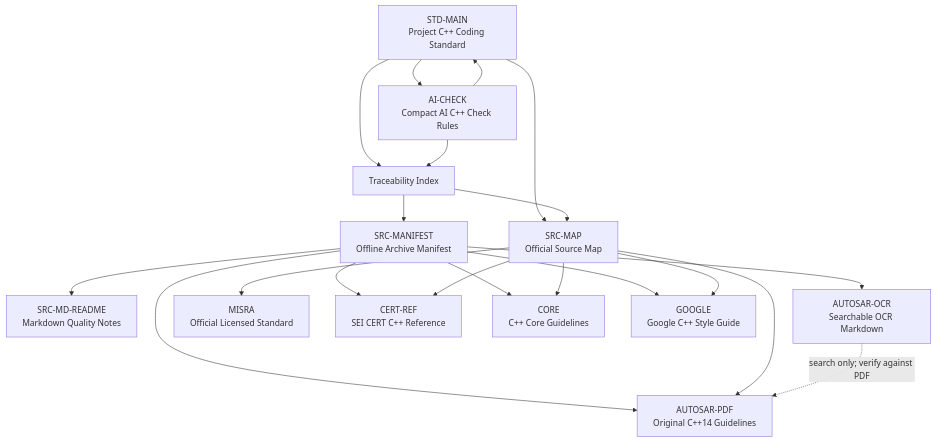
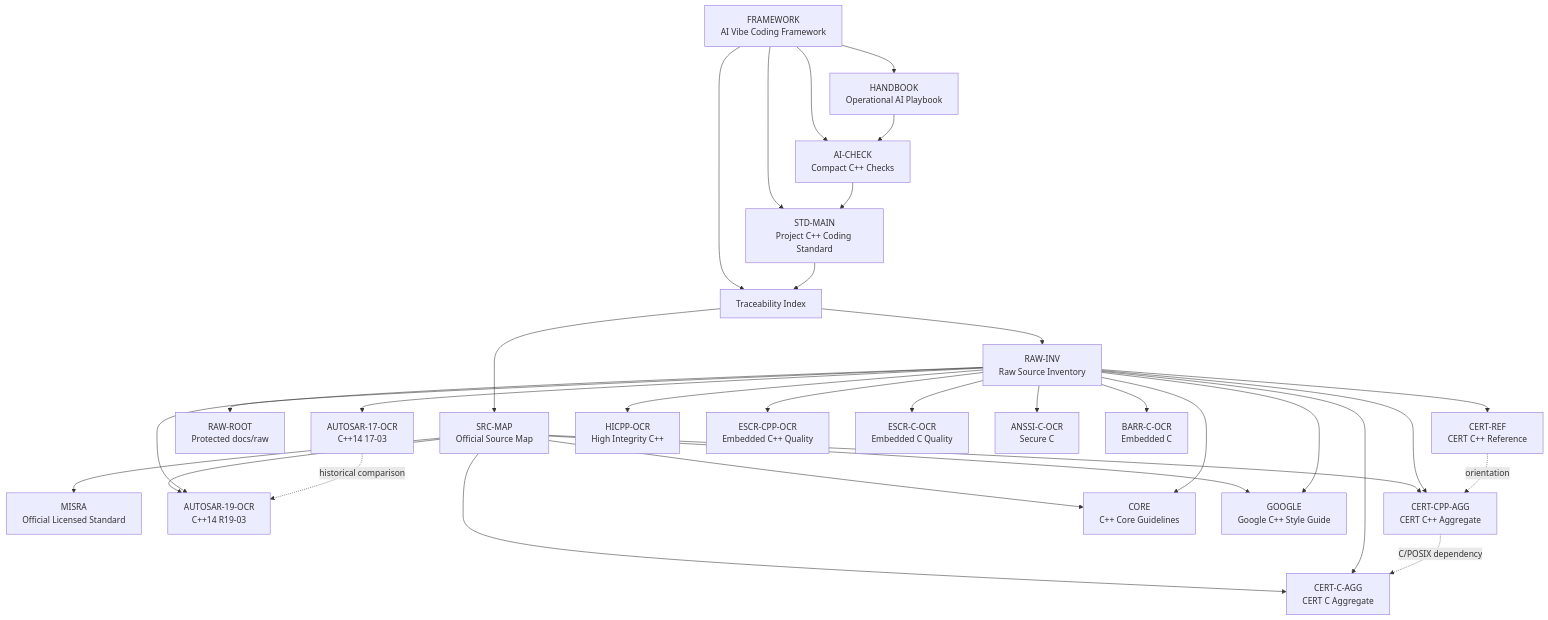
One commit to deneschen/myVibeCoding changed the diagram in docs/references/vehicle-embedded-linux-cpp-standards-traceability.md. Above: the diagram before and after it, drawn with Mermaid. The commit also changed other lines of this file and 41 other files, not shown here.

Commit message:
docs: add AI vibe coding framework

````diff
--- a/docs/references/vehicle-embedded-linux-cpp-standards-traceability.md
+++ b/docs/references/vehicle-embedded-linux-cpp-standards-traceability.md
@@ -100,35 +122,56 @@
 ```mermaid
 graph TD
+    Framework["FRAMEWORK<br/>AI Vibe Coding Framework"]
+    Handbook["HANDBOOK<br/>Operational AI Playbook"]
+    AiCheck["AI-CHECK<br/>Compact C++ Checks"]
     Main["STD-MAIN<br/>Project C++ Coding Standard"]
-    AiCheck["AI-CHECK<br/>Compact AI C++ Check Rules"]
     Trace["Traceability Index"]
     SourceMap["SRC-MAP<br/>Official Source Map"]
-    Manifest["SRC-MANIFEST<br/>Offline Archive Manifest"]
-    MdReadme["SRC-MD-README<br/>Markdown Quality Notes"]
-    AutosarPdf["AUTOSAR-PDF<br/>Original C++14 Guidelines"]
-    AutosarOcr["AUTOSAR-OCR<br/>Searchable OCR Markdown"]
+    RawInv["RAW-INV<br/>Raw Source Inventory"]
+    RawRoot["RAW-ROOT<br/>Protected docs/raw"]
     Misra["MISRA<br/>Official Licensed Standard"]
-    Cert["CERT-REF<br/>SEI CERT C++ Reference"]
+    Autosar19["AUTOSAR-19-OCR<br/>C++14 R19-03"]
+    Autosar17["AUTOSAR-17-OCR<br/>C++14 17-03"]
+    CertCppAgg["CERT-CPP-AGG<br/>CERT C++ Aggregate"]
+    CertCAgg["CERT-C-AGG<br/>CERT C Aggregate"]
+    CertRef["CERT-REF<br/>CERT C++ Reference"]
     Core["CORE<br/>C++ Core Guidelines"]
     Google["GOOGLE<br/>Google C++ Style Guide"]
+    Hicpp["HICPP-OCR<br/>High Integrity C++"]
+    EscrCpp["ESCR-CPP-OCR<br/>Embedded C++ Quality"]
+    EscrC["ESCR-C-OCR<br/>Embedded C Quality"]
+    Anssi["ANSSI-C-OCR<br/>Secure C"]
+    Barr["BARR-C-OCR<br/>Embedded C"]
 
+    Framework --> Handbook
+    Framework --> AiCheck
+    Framework --> Main
+    Framework --> Trace
+    Handbook --> AiCheck
+    AiCheck --> Main
     Main --> Trace
-    Main --> AiCheck
-    AiCheck --> Main
-    AiCheck --> Trace
-    Main --> SourceMap
     Trace --> SourceMap
-    Trace --> Manifest
-    Manifest --> MdReadme
-    Manifest --> AutosarPdf
-    Manifest --> AutosarOcr
-    Manifest --> Cert
-    Manifest --> Core
-    Manifest --> Google
+    Trace --> RawInv
+    RawInv --> RawRoot
     SourceMap --> Misra
-    SourceMap --> AutosarPdf
-    SourceMap --> Cert
+    SourceMap --> Autosar19
+    SourceMap --> CertCppAgg
+    SourceMap --> CertCAgg
     SourceMap --> Core
     SourceMap --> Google
-    AutosarOcr -. "search only; verify against PDF" .-> AutosarPdf
+    RawInv --> Autosar19
+    RawInv --> Autosar17
+    RawInv --> CertCppAgg
+    RawInv --> CertCAgg
+    RawInv --> CertRef
+    RawInv --> Core
+    RawInv --> Google
+    RawInv --> Hicpp
+    RawInv --> EscrCpp
+    RawInv --> EscrC
+    RawInv --> Anssi
+    RawInv --> Barr
+    Autosar17 -. "historical comparison" .-> Autosar19
+    CertRef -. "orientation" .-> CertCppAgg
+    CertCppAgg -. "C/POSIX dependency" .-> CertCAgg
 ```
````
